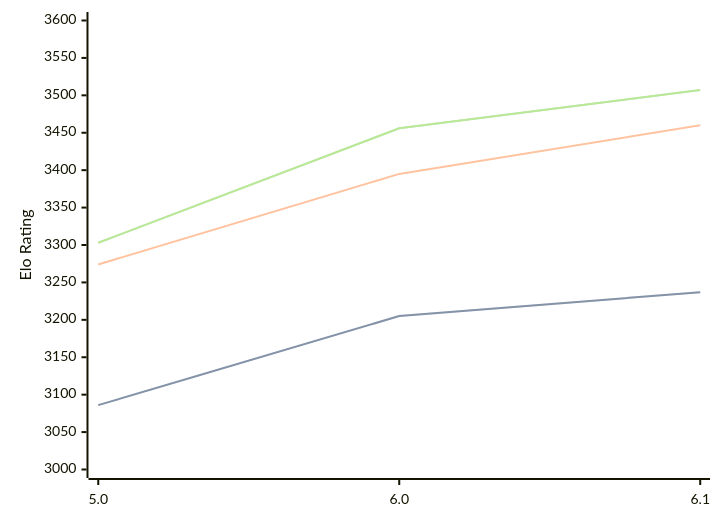
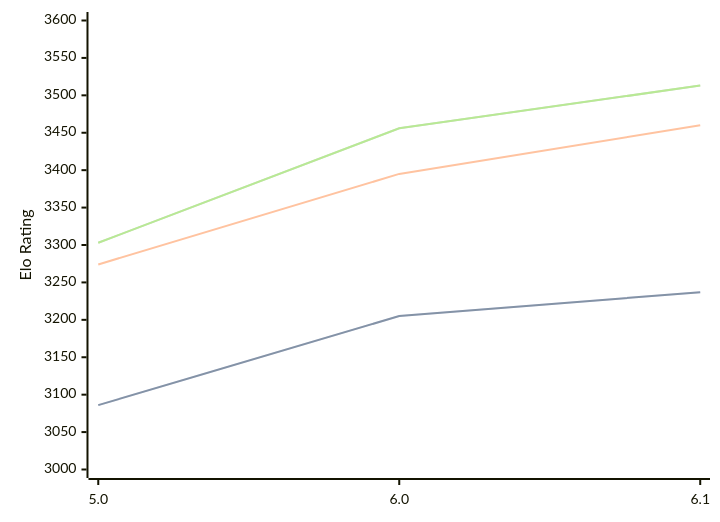
Before and after one commit to computer-chess-index/cci: the diagram in engines/PZChessBot.md, drawn with Mermaid. The commit also changed other lines of this file, not shown here.

Commit message:
Update CCI Ratings (ELO VLTC) - 2026-03-13

````diff
--- a/engines/PZChessBot.md
+++ b/engines/PZChessBot.md
@@ -40,11 +40,11 @@
 ```mermaid
 %%{init: {"theme":"base","themeVariables":{"seriesColors:['#a3a3a3','#222221','#faa371']}}}%%
 xychart-beta
   x-axis ["5.0", "6.0", "6.1"]
   y-axis "Elo Rating" 3000 --> 3600
   line "STC (8.0+0.08s)" [3086, 3205, 3237]
   line "STC (8.0+0.08s)" [3086, 3205, 3237]
   line "LTC (60.0+0.60s)" [3274, 3395, 3460]
-  line "VLTC (2m24s+1.12s)" [3303, 3456, 3507]
-  line "VLTC (2m24s+1.12s)" [3303, 3456, 3507]
+  line "VLTC (2m24s+1.12s)" [3303, 3456, 3513]
+  line "VLTC (2m24s+1.12s)" [3303, 3456, 3513]
 ```
````
